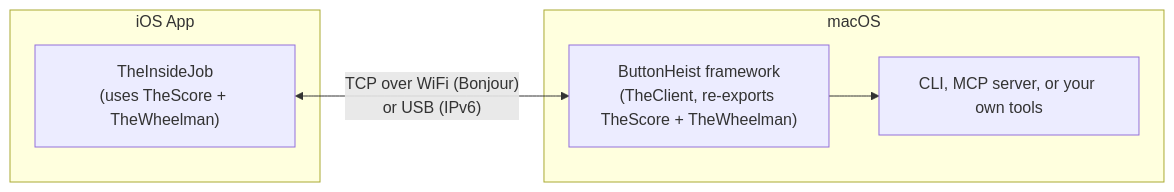
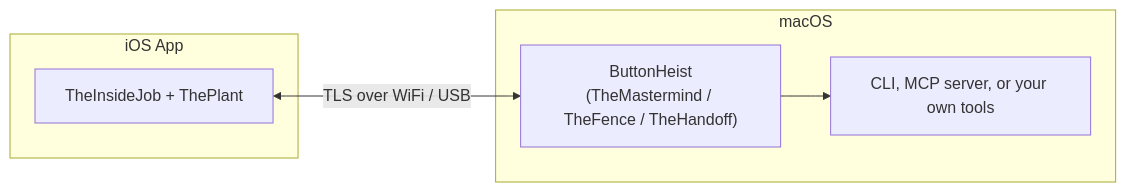
The diagram in ButtonHeist/README.md (RoyalPineapple/TheButtonHeist), drawn with Mermaid before and after one commit. The commit also changed other lines of this file and 8 other files, not shown here.

Commit message:
Refresh ButtonHeist documentation

````diff
--- a/ButtonHeist/README.md
+++ b/ButtonHeist/README.md
@@ -16,13 +17,13 @@
 ```mermaid
 graph LR
     subgraph ios["iOS App"]
-        IJ["TheInsideJob<br>(uses TheScore + TheWheelman)"]
+        IJ["TheInsideJob + ThePlant"]
     end
 
-    IJ <-->|"TCP over WiFi (Bonjour)<br>or USB (IPv6)"| BH
+    IJ <-->|"TLS over WiFi / USB"| BH
 
-    subgraph macos["macOS"]
-        BH["ButtonHeist framework<br>(TheClient, re-exports TheScore + TheWheelman)"]
+    subgraph mac["macOS"]
+        BH["ButtonHeist<br/>(TheMastermind / TheFence / TheHandoff)"]
         BH --> Consumers["CLI, MCP server, or your own tools"]
     end
 ```
````
